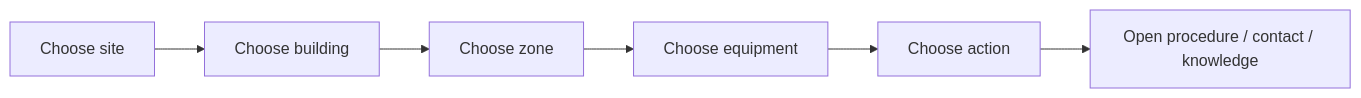
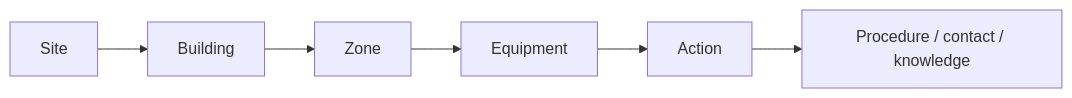
Before and after one commit to jeffersonkuku/jefferson-Mawapanga-Saku: the first of 2 diagrams in projects/building-operations-hub/README.md, drawn with Mermaid. The commit also changed other lines of this file and 2 other files, not shown here.

````diff
--- a/projects/building-operations-hub/README.md
+++ b/projects/building-operations-hub/README.md
@@ -21,8 +17,8 @@
 ```mermaid
 flowchart LR
-    A[Choose site] --> B[Choose building]
-    B --> C[Choose zone]
-    C --> D[Choose equipment]
-    D --> E[Choose action]
-    E --> F[Open procedure / contact / knowledge]
+    A[Site] --> B[Building]
+    B --> C[Zone]
+    C --> D[Equipment]
+    D --> E[Action]
+    E --> F[Procedure / contact / knowledge]
 ```
````
